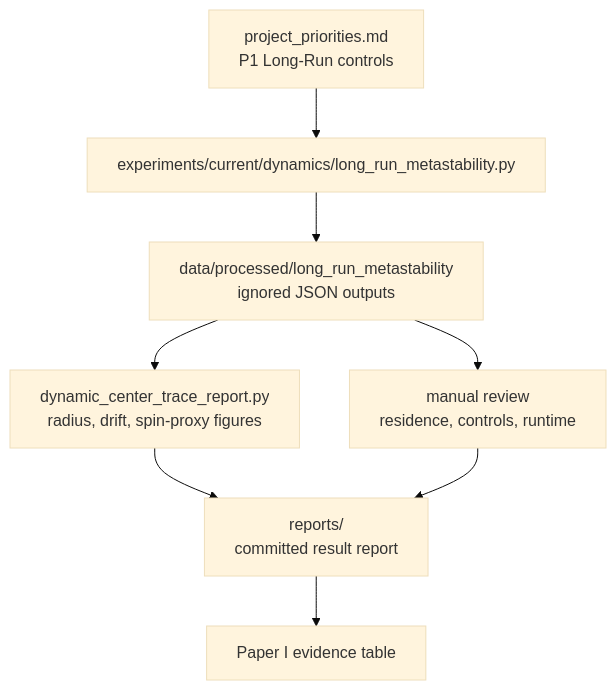
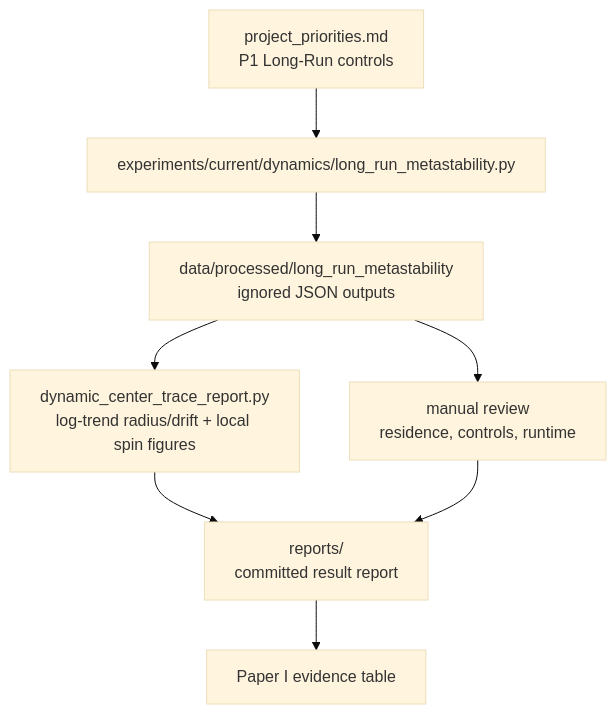
The fourth of 4 diagrams in docs/reference/repository_map.md (MemoryDynamics/Knoten), drawn with Mermaid (base theme) before and after one commit. The commit also changed 11 other files, not shown here.

Commit message:
Separate trend and local spin trace sampling

````diff
--- a/docs/reference/repository_map.md
+++ b/docs/reference/repository_map.md
@@ -108,10 +108,10 @@
 ```mermaid
 flowchart TD
     plan["project_priorities.md<br/>P1 Long-Run controls"] --> runner["experiments/current/dynamics/long_run_metastability.py"]
     runner --> local["data/processed/long_run_metastability<br/>ignored JSON outputs"]
-    local --> trace_review["dynamic_center_trace_report.py<br/>radius, drift, spin-proxy figures"]
+    local --> trace_review["dynamic_center_trace_report.py<br/>log-trend radius/drift + local spin figures"]
     local --> review["manual review<br/>residence, controls, runtime"]
     trace_review --> report["reports/<br/>committed result report"]
     review --> report["reports/<br/>committed result report"]
     report --> paper1["Paper I evidence table"]
 ```
````
